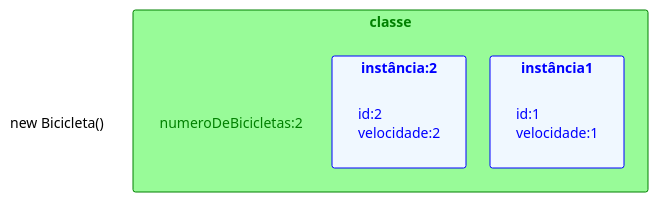
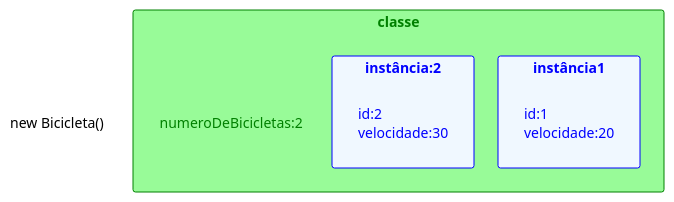
The diagram in src/posts/14_static.md (20252-ifba-saj-ads-poo/blog), drawn with PlantUML before and after one commit. The commit also changed other lines of this file and 3 other files, not shown here.

````diff
--- a/src/posts/14_static.md
+++ b/src/posts/14_static.md
@@ -78,17 +84,17 @@
 ```plantuml
 @startuml 
 
 label "new Bicicleta()"
 
 rectangle "classe" #palegreen;line:green;text:green{
     label "numeroDeBicicletas:2" #palegreen;text:green
     rectangle "instância1" #aliceblue;line:blue;text:blue{
-        label "id:1\nvelocidade:1" #aliceblue;text:blue   
+        label "id:1\nvelocidade:20" #aliceblue;text:blue   
     }
     rectangle "instância:2" #aliceblue;line:blue;text:blue{
-        label "id:2\nvelocidade:2" #aliceblue;text:blue   
+        label "id:2\nvelocidade:30" #aliceblue;text:blue   
     }
 } 
 
 @enduml
 ```
````
